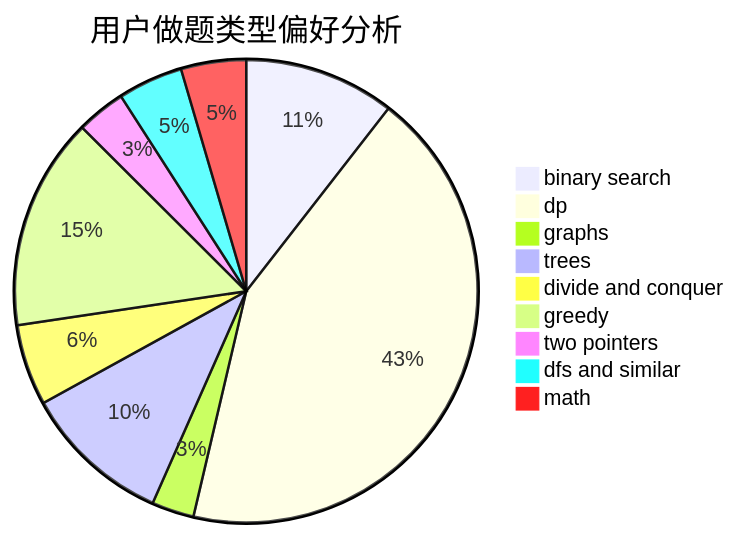
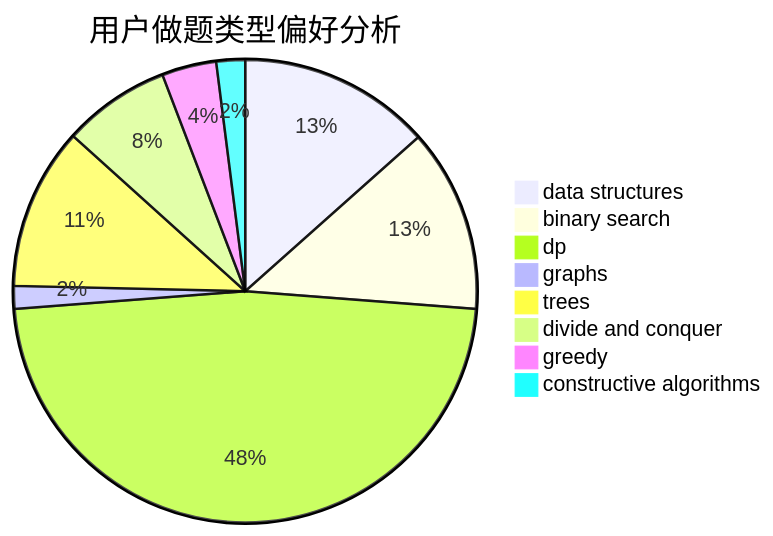
One commit to sherpahu/cfrs.github.io changed the second of 3 diagrams in docs/user/u1267.md. Above: the diagram before and after it, drawn with Mermaid. The commit also changed other lines of this file and 2775 other files, not shown here.

````diff
--- a/docs/user/u1267.md
+++ b/docs/user/u1267.md
@@ -23,12 +23,11 @@
 ```mermaid
 pie title 用户做题类型偏好分析
-    "binary search" :  132
-    "dp" :  541
-    "graphs" :  37
-    "trees" :  130
+    "data structures" :  127
+    "binary search" :  121
+    "dp" :  450
+    "graphs" :  15
+    "trees" :  107
     "divide and conquer" :  71
-    "greedy" :  186
-    "two pointers" :  43
-    "dfs and similar" :  57
-    "math" :  57
+    "greedy" :  36
+    "constructive algorithms" :  19
 ```
````
